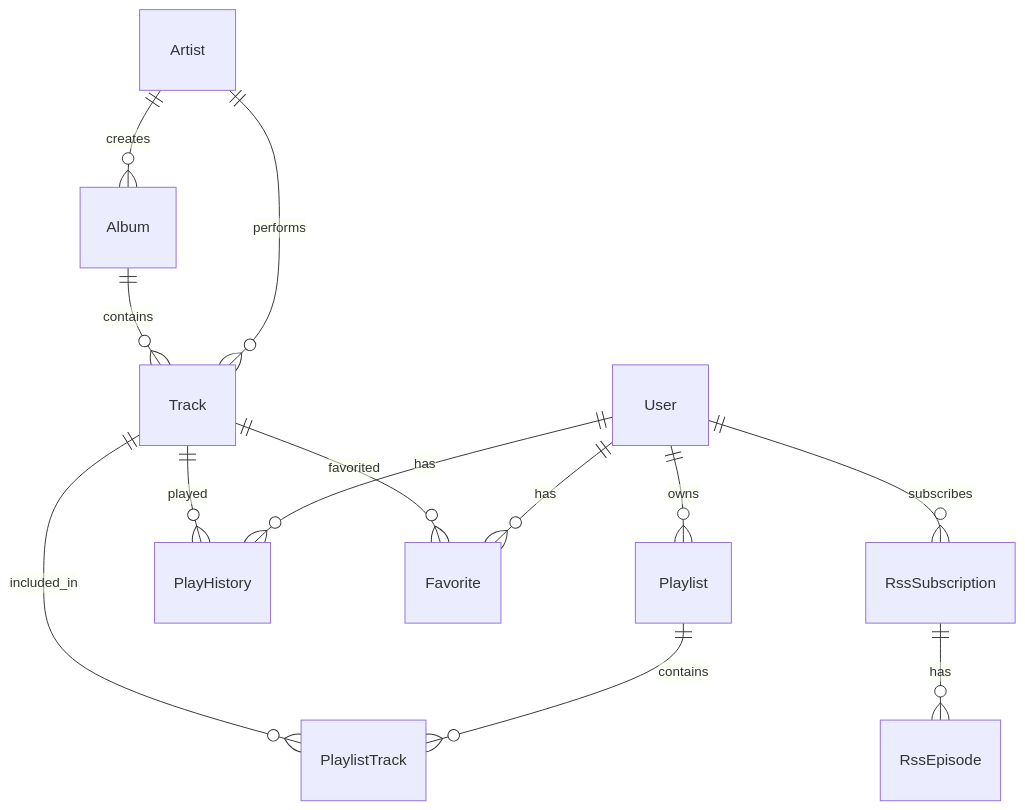
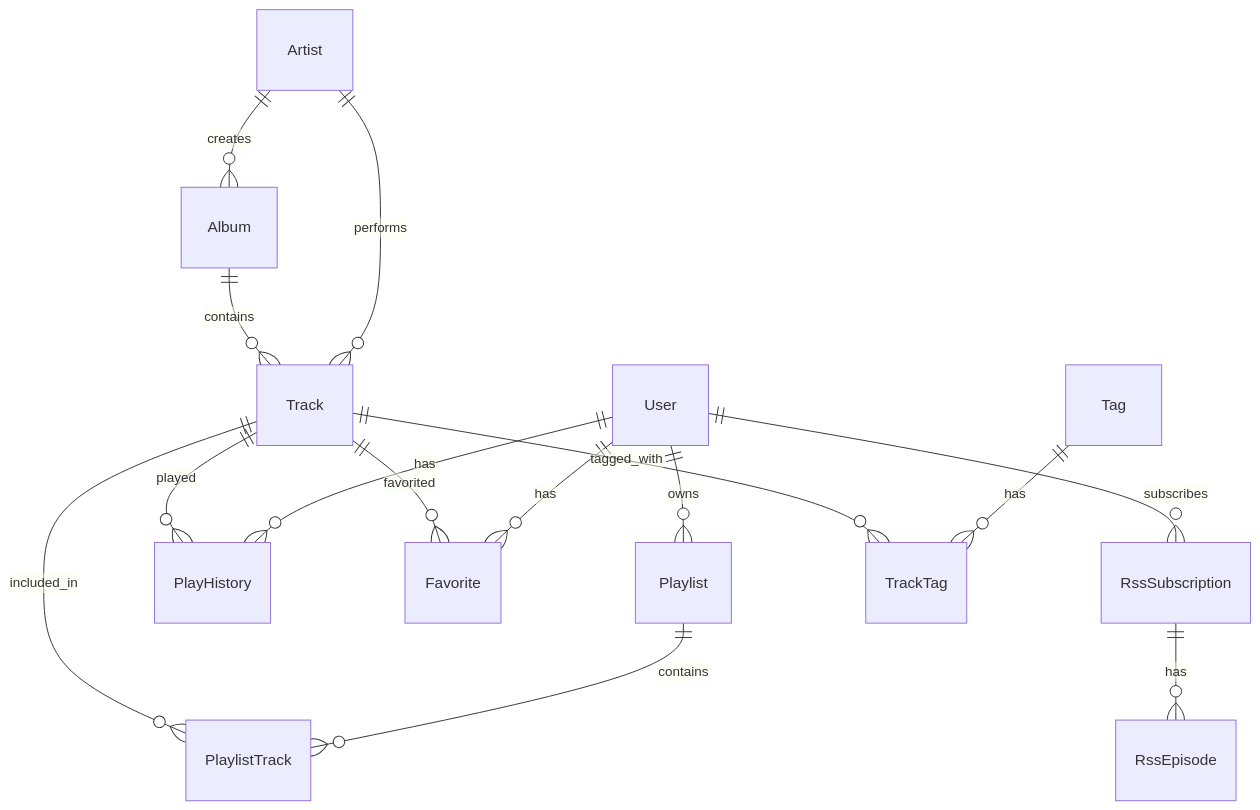
One commit to indie-geeker/Follow changed the second of 2 diagrams in follow-server/docs/technical-analysis.md. Above: the diagram before and after it, drawn with Mermaid. The commit also changed other lines of this file and 10 other files, not shown here.

````diff
--- a/follow-server/docs/technical-analysis.md
+++ b/follow-server/docs/technical-analysis.md
@@ -317,20 +321,23 @@
 ```mermaid
 erDiagram
     User ||--o{ Playlist : owns
     User ||--o{ PlayHistory : has
     User ||--o{ Favorite : has
     User ||--o{ RssSubscription : subscribes
     
     Artist ||--o{ Track : performs
     Artist ||--o{ Album : creates
     
     Album ||--o{ Track : contains
     
     Playlist ||--o{ PlaylistTrack : contains
     Track ||--o{ PlaylistTrack : included_in
     
     Track ||--o{ PlayHistory : played
     Track ||--o{ Favorite : favorited
     
     RssSubscription ||--o{ RssEpisode : has
+
+    Tag ||--o{ TrackTag : has
+    Track ||--o{ TrackTag : tagged_with
 ```
````
